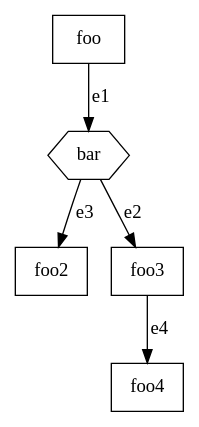
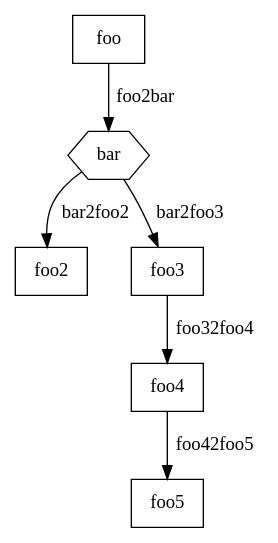
One commit to wrwei/picto-diff changed the diagram in org.eclipse.epsilon.picto.diff/files/foo.dot. Above: the diagram before and after it, drawn with Graphviz. The commit also changed 16 other files, not shown here.

```diff
--- a/org.eclipse.epsilon.picto.diff/files/foo.dot
+++ b/org.eclipse.epsilon.picto.diff/files/foo.dot
@@ -1,11 +1,14 @@
 digraph G {
 	n1 [shape=box, label="foo"];
 	n2 [shape=polygon, sides=6, label="bar"];
 	n3 [shape=box, label="foo2"];
 	n4 [shape=box, label="foo3"];
 	n5 [shape=box, label="foo4"];
-	n1 -> n2 [label="e1"];
-	n2 -> n4 [label="e2"];
-	n2 -> n3 [label="e3"];
-	n4 -> n5 [label="e4"];
+	n6 [shape=box, label="foo5"];
+	n1 -> n2 ["dir"="forward", name="e1", label="foo2bar"];
+	n2 -> n4 ["dir"="forward", name="e2", label="bar2foo3"];
+	n2 -> n3 ["dir"="forward", name="e3", label="bar2foo2"];
+	n4 -> n5 ["dir"="forward", name="e4", label="foo32foo4"];
+	n5 -> n6 ["dir"="forward", name="e5", label="foo42foo5"];
+	
 }
```
